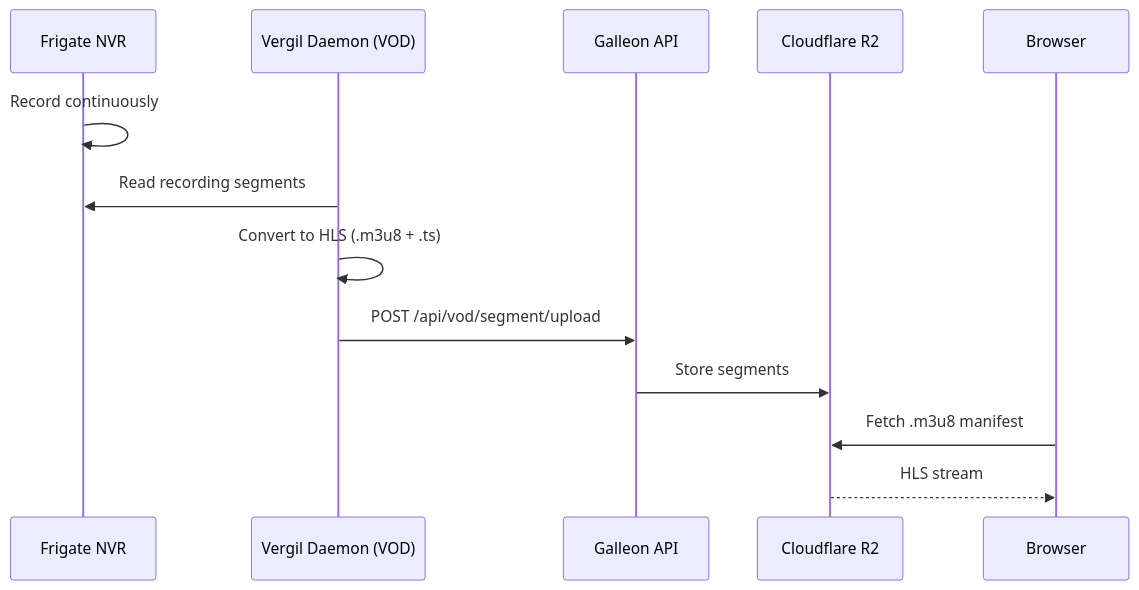
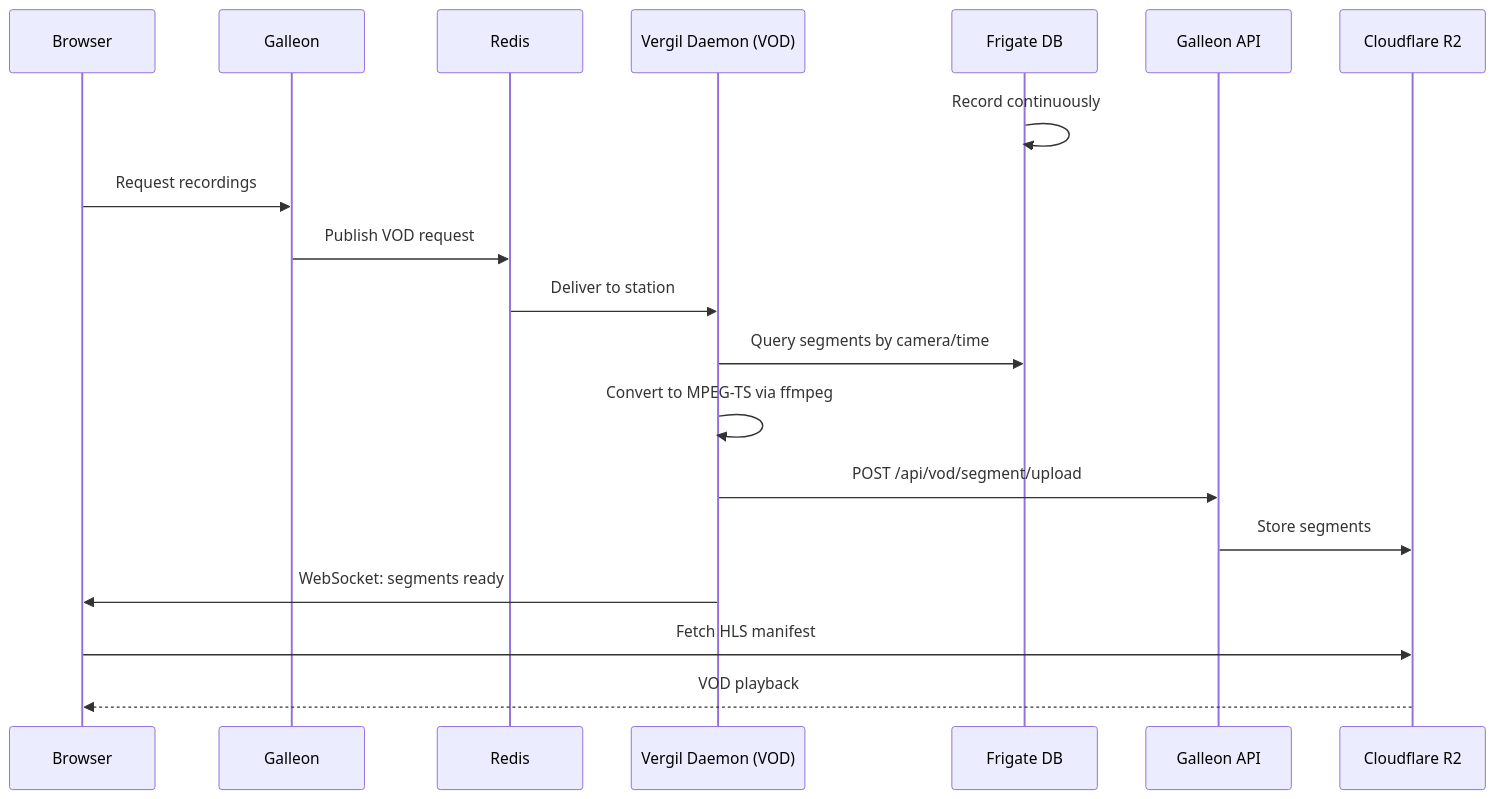
The second of 2 diagrams in wiki/Galleon-Streaming-and-Playback.md (covenant-org/argus-one), drawn with Mermaid before and after one commit. The commit also changed other lines of this file and 8 other files, not shown here.

````diff
--- a/wiki/Galleon-Streaming-and-Playback.md
+++ b/wiki/Galleon-Streaming-and-Playback.md
@@ -33,16 +33,22 @@
 ```mermaid
 sequenceDiagram
-    participant F as Frigate NVR
+    participant B as Browser
+    participant G as Galleon
+    participant RD as Redis
     participant V as Vergil Daemon (VOD)
+    participant F as Frigate DB
     participant A as Galleon API
     participant R2 as Cloudflare R2
-    participant B as Browser
 
     F->>F: Record continuously
-    V->>F: Read recording segments
-    V->>V: Convert to HLS (.m3u8 + .ts)
+    B->>G: Request recordings
+    G->>RD: Publish VOD request
+    RD->>V: Deliver to station
+    V->>F: Query segments by camera/time
+    V->>V: Convert to MPEG-TS via ffmpeg
     V->>A: POST /api/vod/segment/upload
     A->>R2: Store segments
-    B->>R2: Fetch .m3u8 manifest
-    R2-->>B: HLS stream
+    V->>B: WebSocket: segments ready
+    B->>R2: Fetch HLS manifest
+    R2-->>B: VOD playback
 ```
````
